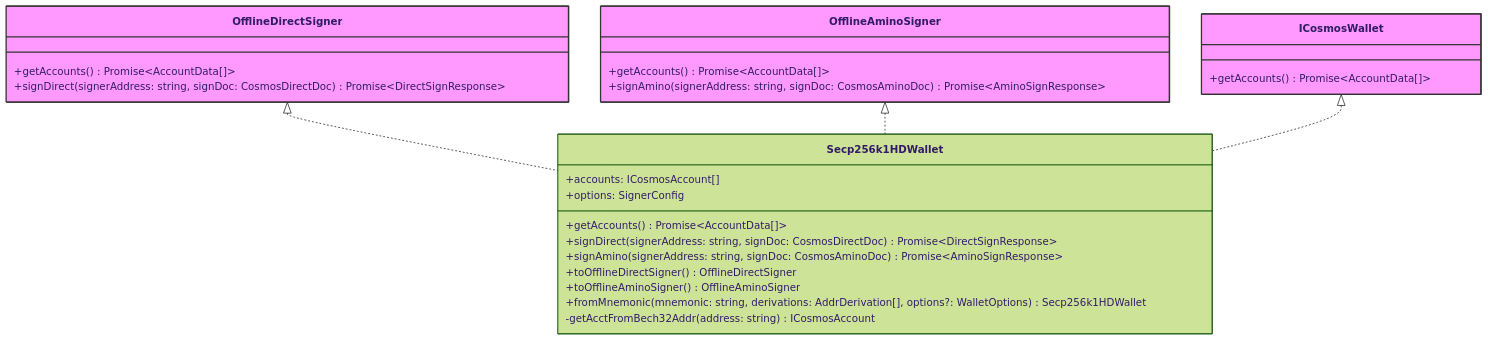
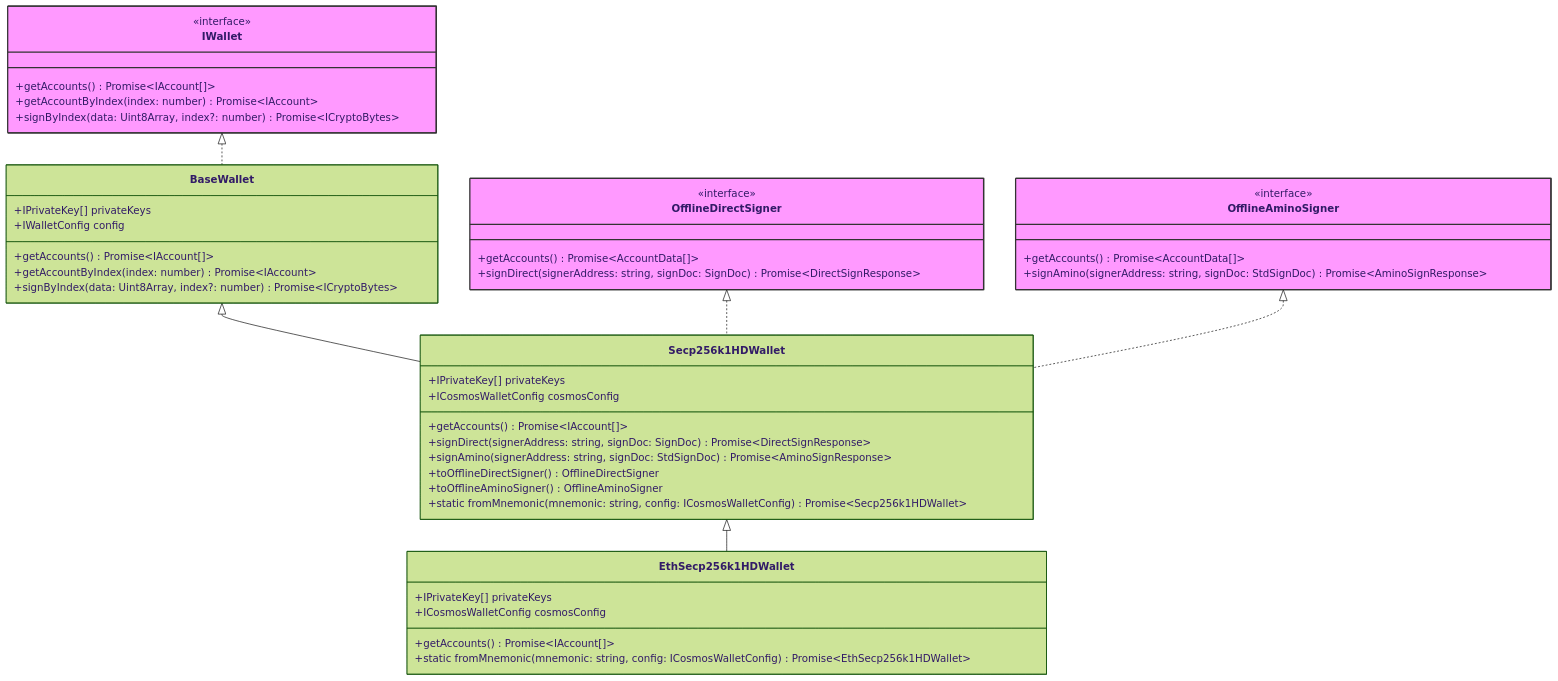
The diagram in docs/advanced/wallet.md (hyperweb-io/interchainjs), drawn with Mermaid (forest theme) before and after one commit. The commit also changed other lines of this file and 36 other files, not shown here.

````diff
--- a/docs/advanced/wallet.md
+++ b/docs/advanced/wallet.md
@@ -6,36 +10,57 @@
 ```mermaid
 classDiagram
-    class ICosmosWallet {
-        +getAccounts() Promise~AccountData[]~
+    class IWallet {
+        <<interface>>
+        +getAccounts() Promise~IAccount[]~
+        +getAccountByIndex(index: number) Promise~IAccount~
+        +signByIndex(data: Uint8Array, index?: number) Promise~ICryptoBytes~
+    }
+
+    class BaseWallet {
+        +IPrivateKey[] privateKeys
+        +IWalletConfig config
+        +getAccounts() Promise~IAccount[]~
+        +getAccountByIndex(index: number) Promise~IAccount~
+        +signByIndex(data: Uint8Array, index?: number) Promise~ICryptoBytes~
+    }
+
+    class Secp256k1HDWallet {
+        +IPrivateKey[] privateKeys
+        +ICosmosWalletConfig cosmosConfig
+        +getAccounts() Promise~IAccount[]~
+        +signDirect(signerAddress: string, signDoc: SignDoc) Promise~DirectSignResponse~
+        +signAmino(signerAddress: string, signDoc: StdSignDoc) Promise~AminoSignResponse~
+        +toOfflineDirectSigner() OfflineDirectSigner
+        +toOfflineAminoSigner() OfflineAminoSigner
+        +static fromMnemonic(mnemonic: string, config: ICosmosWalletConfig) Promise~Secp256k1HDWallet~
+    }
+
+    class EthSecp256k1HDWallet {
+        +IPrivateKey[] privateKeys
+        +ICosmosWalletConfig cosmosConfig
+        +getAccounts() Promise~IAccount[]~
+        +static fromMnemonic(mnemonic: string, config: ICosmosWalletConfig) Promise~EthSecp256k1HDWallet~
     }
 
     class OfflineDirectSigner {
+        <<interface>>
         +getAccounts() Promise~AccountData[]~
-        +signDirect(signerAddress: string, signDoc: CosmosDirectDoc) Promise~DirectSignResponse~
+        +signDirect(signerAddress: string, signDoc: SignDoc) Promise~DirectSignResponse~
     }
 
     class OfflineAminoSigner {
+        <<interface>>
         +getAccounts() Promise~AccountData[]~
-        +signAmino(signerAddress: string, signDoc: CosmosAminoDoc) Promise~AminoSignResponse~
+        +signAmino(signerAddress: string, signDoc: StdSignDoc) Promise~AminoSignResponse~
     }
 
-    class Secp256k1HDWallet {
-        +accounts: ICosmosAccount[]
-        +options: SignerConfig
-        +getAccounts() Promise~AccountData[]~
-        +signDirect(signerAddress: string, signDoc: CosmosDirectDoc) Promise~DirectSignResponse~
-        +signAmino(signerAddress: string, signDoc: CosmosAminoDoc) Promise~AminoSignResponse~
-        +toOfflineDirectSigner() OfflineDirectSigner
-        +toOfflineAminoSigner() OfflineAminoSigner
-        +fromMnemonic(mnemonic: string, derivations: AddrDerivation[], options?: WalletOptions) Secp256k1HDWallet
-        -getAcctFromBech32Addr(address: string) ICosmosAccount
-    }
-
+    IWallet <|.. BaseWallet
+    BaseWallet <|-- Secp256k1HDWallet
+    Secp256k1HDWallet <|-- EthSecp256k1HDWallet
     OfflineDirectSigner <|.. Secp256k1HDWallet
     OfflineAminoSigner <|.. Secp256k1HDWallet
-    ICosmosWallet <|.. Secp256k1HDWallet
 
+    style IWallet fill:#f9f,stroke:#333,stroke-width:2px
     style OfflineDirectSigner fill:#f9f,stroke:#333,stroke-width:2px
     style OfflineAminoSigner fill:#f9f,stroke:#333,stroke-width:2px
-    style ICosmosWallet fill:#f9f,stroke:#333,stroke-width:2px
 ```
````
